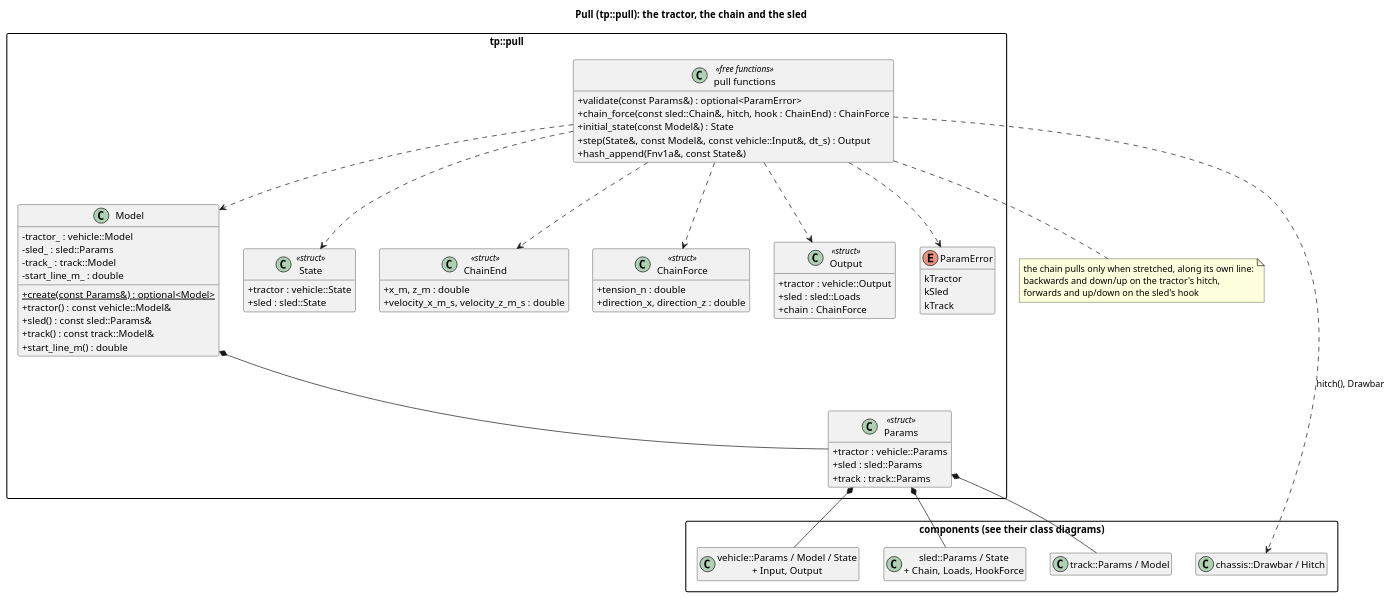
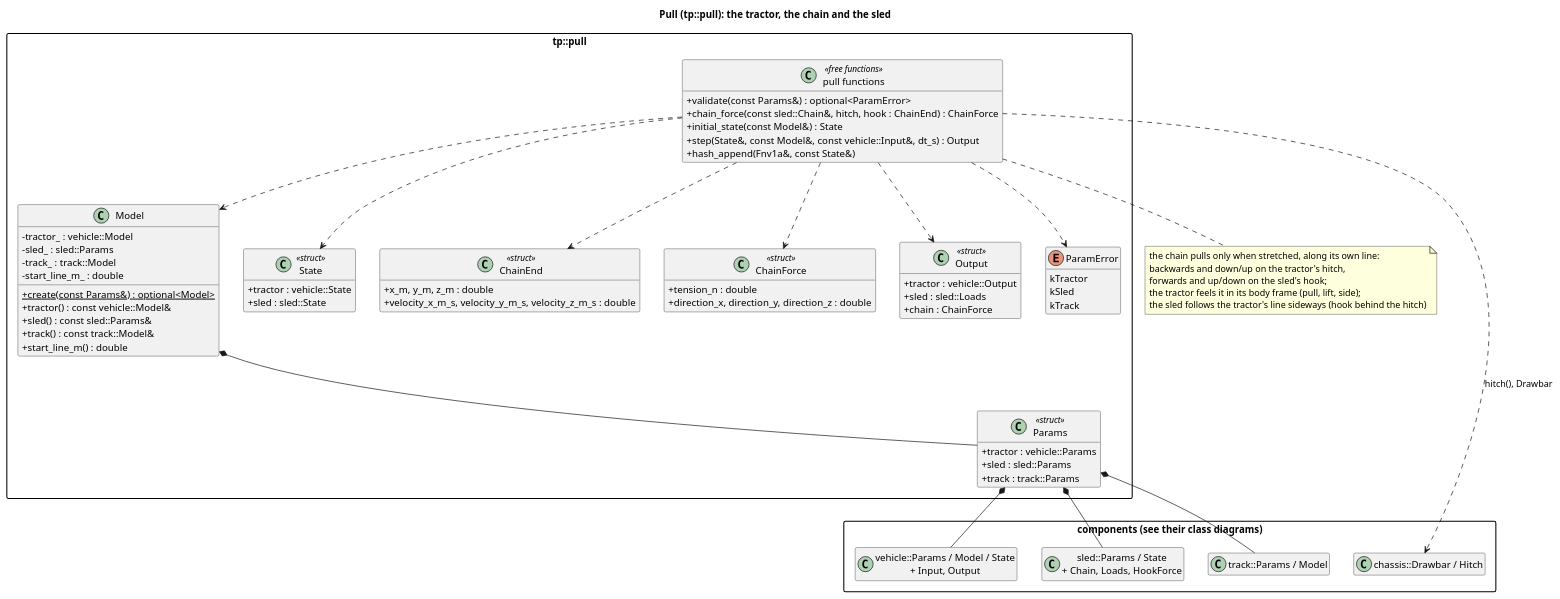
One commit to wversteeg/TractorPulling changed the diagram in docs/diagrams/pull_classes.puml. Above: the diagram before and after it, drawn with PlantUML. The commit also changed 49 other files, not shown here.

First line of the commit message:
Let the tractor move sideways and turn: steering and side grip

```diff
--- a/docs/diagrams/pull_classes.puml
+++ b/docs/diagrams/pull_classes.puml
@@ -1,77 +1,79 @@
 @startuml pull_classes
 title Pull (tp::pull): the tractor, the chain and the sled
 hide empty members
 skinparam packageStyle rectangle
 skinparam classAttributeIconSize 0
 
 package "components (see their class diagrams)" {
   class "vehicle::Params / Model / State\n+ Input, Output" as Vehicle
   class "sled::Params / State\n+ Chain, Loads, HookForce" as Sled
   class "chassis::Drawbar / Hitch" as Chassis
   class "track::Params / Model" as Track
 }
 
 package "tp::pull" {
   class Params <<struct>> {
     +tractor : vehicle::Params
     +sled : sled::Params
     +track : track::Params
   }
   class Model {
     -tractor_ : vehicle::Model
     -sled_ : sled::Params
     -track_ : track::Model
     -start_line_m_ : double
     +{static} create(const Params&) : optional<Model>
     +tractor() : const vehicle::Model&
     +sled() : const sled::Params&
     +track() : const track::Model&
     +start_line_m() : double
   }
   class State <<struct>> {
     +tractor : vehicle::State
     +sled : sled::State
   }
   class ChainEnd <<struct>> {
-    +x_m, z_m : double
-    +velocity_x_m_s, velocity_z_m_s : double
+    +x_m, y_m, z_m : double
+    +velocity_x_m_s, velocity_y_m_s, velocity_z_m_s : double
   }
   class ChainForce <<struct>> {
     +tension_n : double
-    +direction_x, direction_z : double
+    +direction_x, direction_y, direction_z : double
   }
   class Output <<struct>> {
     +tractor : vehicle::Output
     +sled : sled::Loads
     +chain : ChainForce
   }
   enum ParamError {
     kTractor
     kSled
     kTrack
   }
   class "pull functions" as PullFns <<free functions>> {
     +validate(const Params&) : optional<ParamError>
     +chain_force(const sled::Chain&, hitch, hook : ChainEnd) : ChainForce
     +initial_state(const Model&) : State
     +step(State&, const Model&, const vehicle::Input&, dt_s) : Output
     +hash_append(Fnv1a&, const State&)
   }
   Model *-- Params
   PullFns ..> Model
   PullFns ..> State
   PullFns ..> ChainEnd
   PullFns ..> ChainForce
   PullFns ..> Output
   PullFns ..> ParamError
 }
 Params *-- Vehicle
 Params *-- Sled
 Params *-- Track
 PullFns ..> Chassis : hitch(), Drawbar
 note bottom of PullFns
   the chain pulls only when stretched, along its own line:
   backwards and down/up on the tractor's hitch,
-  forwards and up/down on the sled's hook
+  forwards and up/down on the sled's hook;
+  the tractor feels it in its body frame (pull, lift, side);
+  the sled follows the tractor's line sideways (hook behind the hitch)
 end note
 @enduml
```
